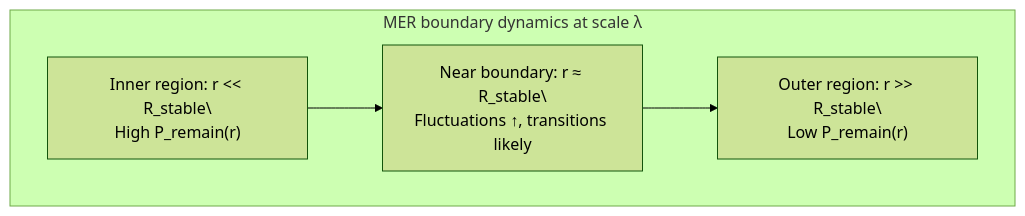
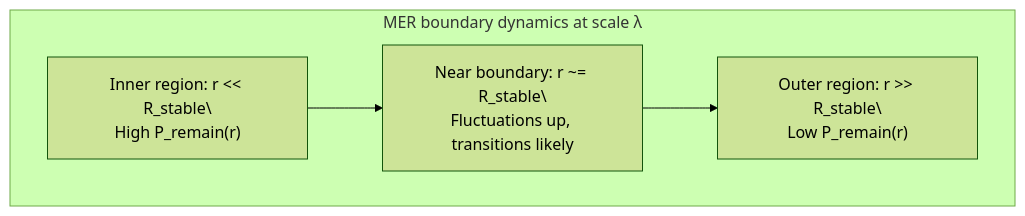
One commit to mouimet-infinisoft/mer-theory changed the third of 7 diagrams in docs/section-04-diagrams.md. Above: the diagram before and after it, drawn with Mermaid (forest theme). The commit also changed other lines of this file and 18 other files, not shown here.

````diff
--- a/docs/section-04-diagrams.md
+++ b/docs/section-04-diagrams.md
@@ -45,9 +45,9 @@
 ```mermaid
 flowchart TB
   subgraph Diagram["MER boundary dynamics at scale λ"]
     inner["Inner region: r << R_stable\\nHigh P_remain(r)"]
-    near["Near boundary: r ≈ R_stable\\nFluctuations ↑, transitions likely"]
+    near["Near boundary: r ~= R_stable\\nFluctuations up, transitions likely"]
     outer["Outer region: r >> R_stable\\nLow P_remain(r)"]
   end
   inner --> near --> outer
 ```
````
